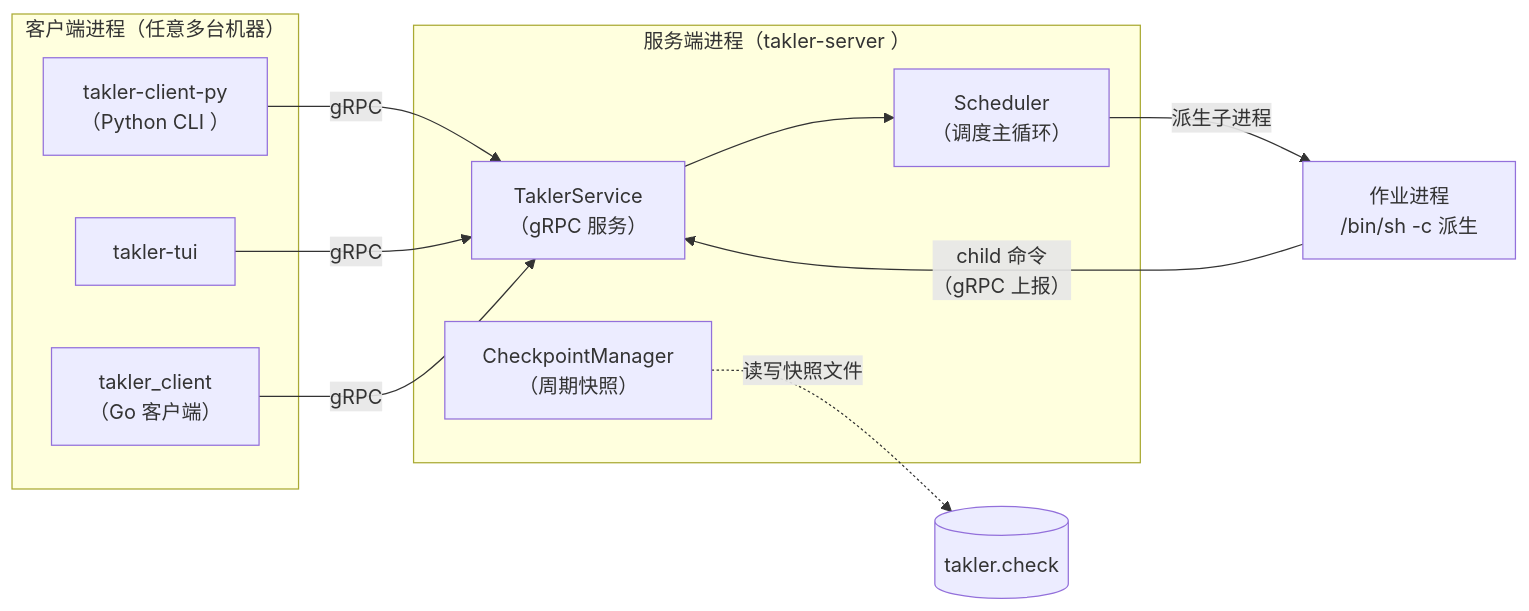
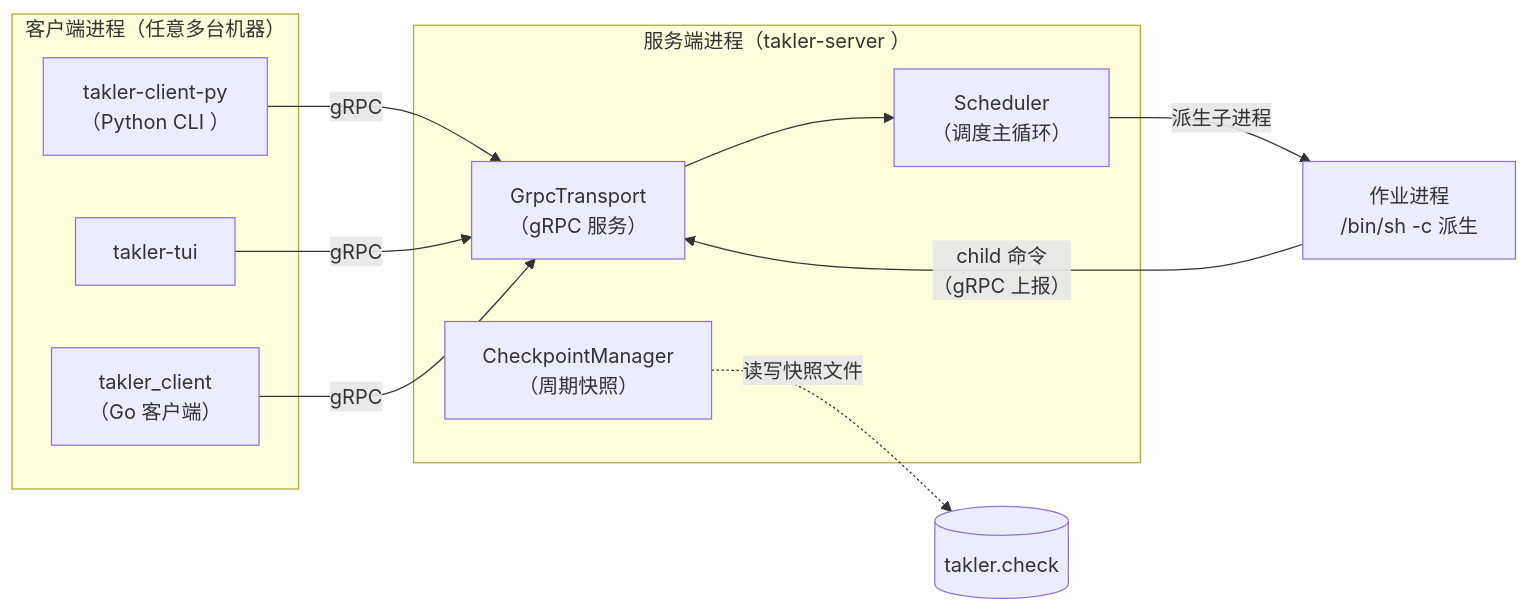
The first of 4 diagrams in doc/source/develop/architecture.rst (cemc-oper/takler), drawn with Mermaid before and after one commit. The commit also changed other lines of this file and 45 other files, not shown here.

```diff
--- a/doc/source/develop/architecture.rst
+++ b/doc/source/develop/architecture.rst
@@ -13,22 +13,22 @@
 .. mermaid::
 
     flowchart LR
         subgraph clients["客户端进程（任意多台机器）"]
             CLI["takler-client-py<br/>（Python CLI ）"]
             TUI["takler-tui"]
             GO["takler_client<br/>（Go 客户端）"]
         end
         subgraph server["服务端进程（takler-server ）"]
-            GRPC["TaklerService<br/>（gRPC 服务）"]
+            GRPC["GrpcTransport<br/>（gRPC 服务）"]
             SCHED["Scheduler<br/>（调度主循环）"]
             CKPT["CheckpointManager<br/>（周期快照）"]
         end
         JOB["作业进程<br/>/bin/sh -c 派生"]
 
         CLI -- "gRPC" --> GRPC
         TUI -- "gRPC" --> GRPC
         GO -- "gRPC" --> GRPC
         GRPC --> SCHED
         SCHED -- "派生子进程" --> JOB
         JOB -- "child 命令<br/>（gRPC 上报）" --> GRPC
         CKPT -.->|"读写快照文件"| DISK[("takler.check")]
```
